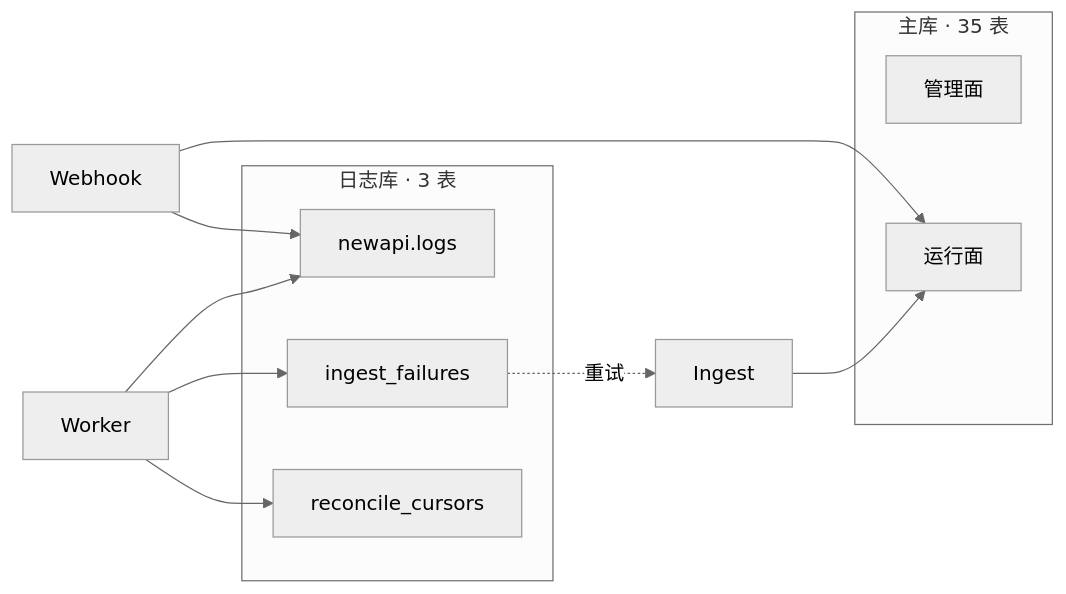
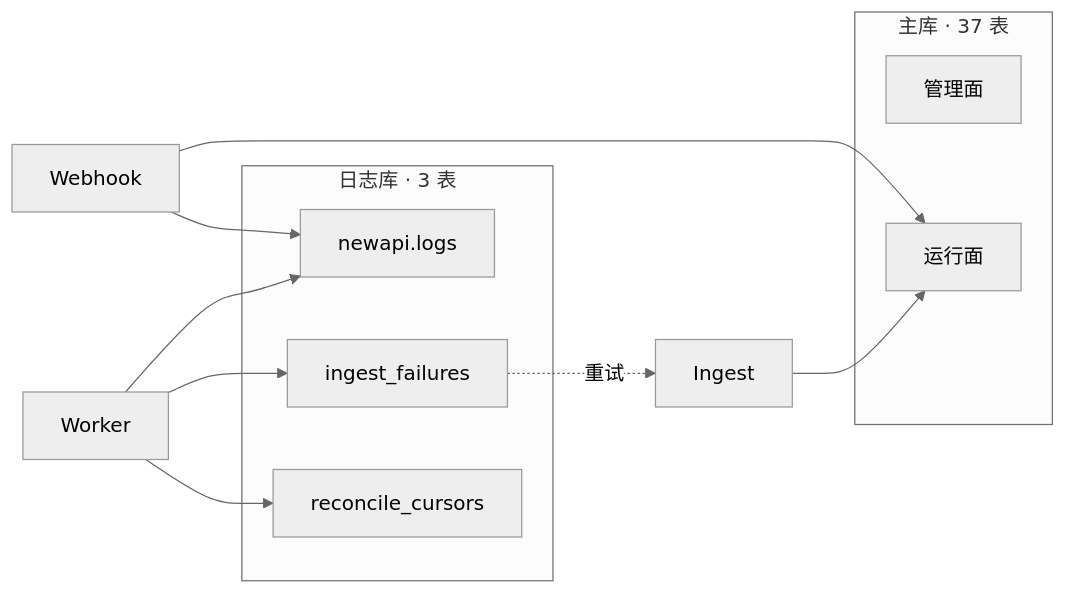
One commit to quyip8818/mytokenjoy changed the first of 7 diagrams in docs/Backend-存储架构.md. Above: the diagram before and after it, drawn with Mermaid (neutral theme). The commit also changed other lines of this file and 18 other files, not shown here.

````diff
--- a/docs/Backend-存储架构.md
+++ b/docs/Backend-存储架构.md
@@ -18,18 +18,18 @@
 ```mermaid
 flowchart LR
-  subgraph main [主库 · 35 表]
+  subgraph main [主库 · 37 表]
     MGMT[管理面]
     RUN[运行面]
   end
 
   subgraph logs [日志库 · 3 表]
     NL[newapi.logs]
     IF[ingest_failures]
     RC[reconcile_cursors]
   end
 
   WH[Webhook] --> RUN & NL
   ING[Ingest] --> RUN
   WK[Worker] --> RC & IF & NL
   IF -.->|重试| ING
 ```
````
